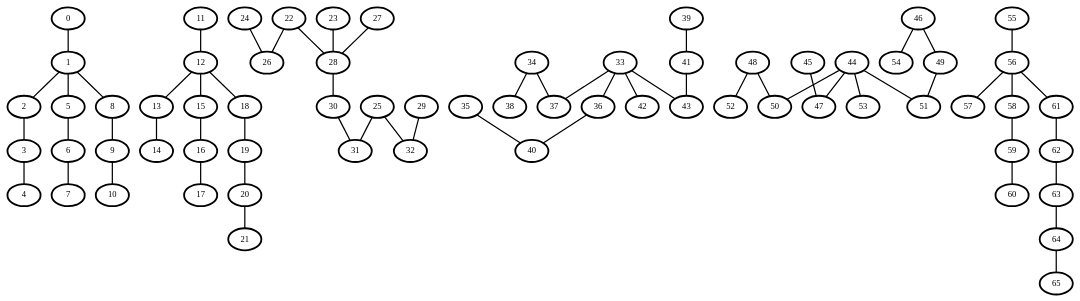
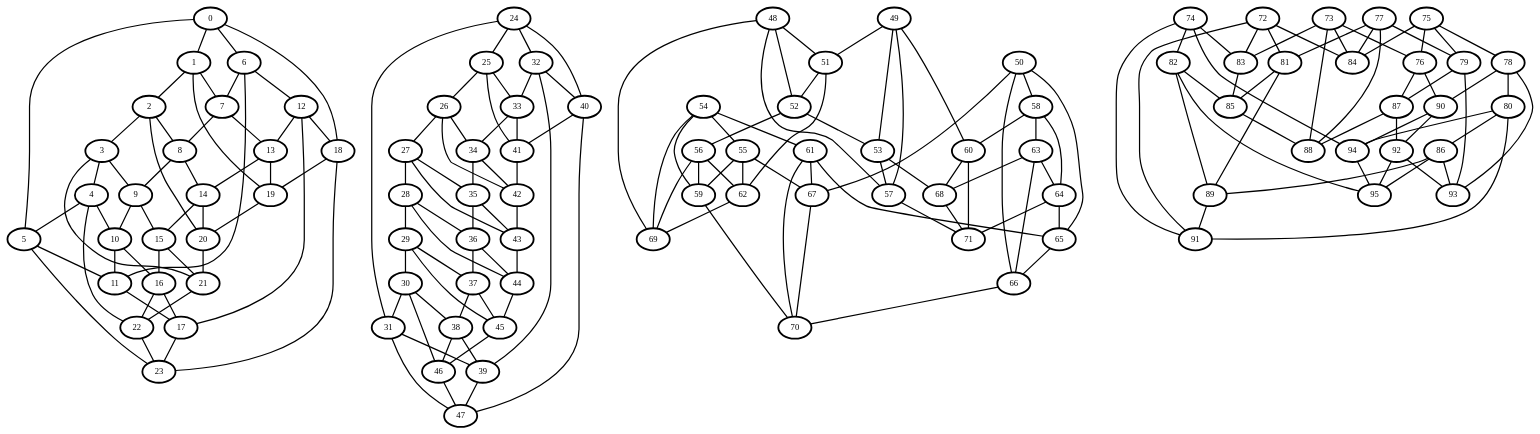
One commit to Pietvergiet/Project-Module-7 changed the diagram in graph.dot. Above: the diagram before and after it, drawn with Graphviz. The commit also changed 1 other file, not shown here.

```diff
--- a/graph.dot
+++ b/graph.dot
@@ -65,65 +65,227 @@
     63 [penwidth=3]
     64 [penwidth=3]
     65 [penwidth=3]
+    66 [penwidth=3]
+    67 [penwidth=3]
+    68 [penwidth=3]
+    69 [penwidth=3]
+    70 [penwidth=3]
+    71 [penwidth=3]
+    72 [penwidth=3]
+    73 [penwidth=3]
+    74 [penwidth=3]
+    75 [penwidth=3]
+    76 [penwidth=3]
+    77 [penwidth=3]
+    78 [penwidth=3]
+    79 [penwidth=3]
+    80 [penwidth=3]
+    81 [penwidth=3]
+    82 [penwidth=3]
+    83 [penwidth=3]
+    84 [penwidth=3]
+    85 [penwidth=3]
+    86 [penwidth=3]
+    87 [penwidth=3]
+    88 [penwidth=3]
+    89 [penwidth=3]
+    90 [penwidth=3]
+    91 [penwidth=3]
+    92 [penwidth=3]
+    93 [penwidth=3]
+    94 [penwidth=3]
+    95 [penwidth=3]
 
     0--1 [penwidth=2]
+    0--5 [penwidth=2]
+    0--6 [penwidth=2]
+    0--18 [penwidth=2]
     1--2 [penwidth=2]
-    1--5 [penwidth=2]
-    1--8 [penwidth=2]
+    1--7 [penwidth=2]
+    1--19 [penwidth=2]
     2--3 [penwidth=2]
+    2--8 [penwidth=2]
+    2--20 [penwidth=2]
     3--4 [penwidth=2]
-    5--6 [penwidth=2]
+    3--9 [penwidth=2]
+    3--21 [penwidth=2]
+    4--5 [penwidth=2]
+    4--10 [penwidth=2]
+    4--22 [penwidth=2]
+    5--11 [penwidth=2]
+    5--23 [penwidth=2]
     6--7 [penwidth=2]
+    6--11 [penwidth=2]
+    6--12 [penwidth=2]
+    7--8 [penwidth=2]
+    7--13 [penwidth=2]
     8--9 [penwidth=2]
+    8--14 [penwidth=2]
     9--10 [penwidth=2]
-    11--12 [penwidth=2]
+    9--15 [penwidth=2]
+    10--11 [penwidth=2]
+    10--16 [penwidth=2]
+    11--17 [penwidth=2]
     12--13 [penwidth=2]
-    12--15 [penwidth=2]
+    12--17 [penwidth=2]
     12--18 [penwidth=2]
     13--14 [penwidth=2]
+    13--19 [penwidth=2]
+    14--15 [penwidth=2]
+    14--20 [penwidth=2]
     15--16 [penwidth=2]
+    15--21 [penwidth=2]
     16--17 [penwidth=2]
+    16--22 [penwidth=2]
+    17--23 [penwidth=2]
     18--19 [penwidth=2]
+    18--23 [penwidth=2]
     19--20 [penwidth=2]
     20--21 [penwidth=2]
-    22--28 [penwidth=2]
-    22--26 [penwidth=2]
-    23--28 [penwidth=2]
-    24--26 [penwidth=2]
-    25--31 [penwidth=2]
-    25--32 [penwidth=2]
+    21--22 [penwidth=2]
+    22--23 [penwidth=2]
+    24--25 [penwidth=2]
+    24--31 [penwidth=2]
+    24--32 [penwidth=2]
+    24--40 [penwidth=2]
+    25--26 [penwidth=2]
+    25--33 [penwidth=2]
+    25--41 [penwidth=2]
+    26--27 [penwidth=2]
+    26--34 [penwidth=2]
+    26--42 [penwidth=2]
     27--28 [penwidth=2]
-    28--30 [penwidth=2]
-    29--32 [penwidth=2]
+    27--35 [penwidth=2]
+    27--43 [penwidth=2]
+    28--29 [penwidth=2]
+    28--36 [penwidth=2]
+    28--44 [penwidth=2]
+    29--30 [penwidth=2]
+    29--37 [penwidth=2]
+    29--45 [penwidth=2]
     30--31 [penwidth=2]
-    33--42 [penwidth=2]
-    33--37 [penwidth=2]
-    33--43 [penwidth=2]
-    33--36 [penwidth=2]
-    34--38 [penwidth=2]
-    34--37 [penwidth=2]
-    35--40 [penwidth=2]
-    36--40 [penwidth=2]
-    39--41 [penwidth=2]
-    41--43 [penwidth=2]
-    44--51 [penwidth=2]
-    44--53 [penwidth=2]
-    44--47 [penwidth=2]
-    44--50 [penwidth=2]
-    45--47 [penwidth=2]
-    46--54 [penwidth=2]
-    46--49 [penwidth=2]
-    48--50 [penwidth=2]
+    30--38 [penwidth=2]
+    30--46 [penwidth=2]
+    31--39 [penwidth=2]
+    31--47 [penwidth=2]
+    32--33 [penwidth=2]
+    32--39 [penwidth=2]
+    32--40 [penwidth=2]
+    33--34 [penwidth=2]
+    33--41 [penwidth=2]
+    34--35 [penwidth=2]
+    34--42 [penwidth=2]
+    35--36 [penwidth=2]
+    35--43 [penwidth=2]
+    36--37 [penwidth=2]
+    36--44 [penwidth=2]
+    37--38 [penwidth=2]
+    37--45 [penwidth=2]
+    38--39 [penwidth=2]
+    38--46 [penwidth=2]
+    39--47 [penwidth=2]
+    40--41 [penwidth=2]
+    40--47 [penwidth=2]
+    41--42 [penwidth=2]
+    42--43 [penwidth=2]
+    43--44 [penwidth=2]
+    44--45 [penwidth=2]
+    45--46 [penwidth=2]
+    46--47 [penwidth=2]
     48--52 [penwidth=2]
+    48--69 [penwidth=2]
+    48--57 [penwidth=2]
+    48--51 [penwidth=2]
     49--51 [penwidth=2]
-    55--56 [penwidth=2]
-    56--57 [penwidth=2]
-    56--58 [penwidth=2]
-    56--61 [penwidth=2]
-    58--59 [penwidth=2]
-    59--60 [penwidth=2]
-    61--62 [penwidth=2]
-    62--63 [penwidth=2]
+    49--60 [penwidth=2]
+    49--57 [penwidth=2]
+    49--53 [penwidth=2]
+    50--66 [penwidth=2]
+    50--58 [penwidth=2]
+    50--65 [penwidth=2]
+    50--67 [penwidth=2]
+    51--52 [penwidth=2]
+    51--62 [penwidth=2]
+    52--56 [penwidth=2]
+    52--53 [penwidth=2]
+    53--57 [penwidth=2]
+    53--68 [penwidth=2]
+    54--55 [penwidth=2]
+    54--69 [penwidth=2]
+    54--61 [penwidth=2]
+    54--59 [penwidth=2]
+    55--67 [penwidth=2]
+    55--59 [penwidth=2]
+    55--62 [penwidth=2]
+    56--62 [penwidth=2]
+    56--69 [penwidth=2]
+    56--59 [penwidth=2]
+    57--71 [penwidth=2]
+    58--63 [penwidth=2]
+    58--60 [penwidth=2]
+    58--64 [penwidth=2]
+    59--70 [penwidth=2]
+    60--68 [penwidth=2]
+    60--71 [penwidth=2]
+    61--70 [penwidth=2]
+    61--65 [penwidth=2]
+    61--67 [penwidth=2]
+    62--69 [penwidth=2]
     63--64 [penwidth=2]
+    63--68 [penwidth=2]
+    63--66 [penwidth=2]
+    64--71 [penwidth=2]
     64--65 [penwidth=2]
+    65--66 [penwidth=2]
+    66--70 [penwidth=2]
+    67--70 [penwidth=2]
+    68--71 [penwidth=2]
+    72--91 [penwidth=2]
+    72--81 [penwidth=2]
+    72--84 [penwidth=2]
+    72--83 [penwidth=2]
+    73--84 [penwidth=2]
+    73--76 [penwidth=2]
+    73--83 [penwidth=2]
+    73--88 [penwidth=2]
+    74--82 [penwidth=2]
+    74--83 [penwidth=2]
+    74--94 [penwidth=2]
+    74--91 [penwidth=2]
+    75--79 [penwidth=2]
+    75--78 [penwidth=2]
+    75--84 [penwidth=2]
+    75--76 [penwidth=2]
+    76--87 [penwidth=2]
+    76--90 [penwidth=2]
+    77--81 [penwidth=2]
+    77--88 [penwidth=2]
+    77--79 [penwidth=2]
+    77--84 [penwidth=2]
+    78--93 [penwidth=2]
+    78--90 [penwidth=2]
+    78--80 [penwidth=2]
+    79--87 [penwidth=2]
+    79--93 [penwidth=2]
+    80--86 [penwidth=2]
+    80--91 [penwidth=2]
+    80--94 [penwidth=2]
+    81--85 [penwidth=2]
+    81--89 [penwidth=2]
+    82--95 [penwidth=2]
+    82--89 [penwidth=2]
+    82--85 [penwidth=2]
+    83--85 [penwidth=2]
+    85--88 [penwidth=2]
+    86--95 [penwidth=2]
+    86--93 [penwidth=2]
+    86--89 [penwidth=2]
+    87--92 [penwidth=2]
+    87--88 [penwidth=2]
+    89--91 [penwidth=2]
+    90--94 [penwidth=2]
+    90--92 [penwidth=2]
+    92--95 [penwidth=2]
+    92--93 [penwidth=2]
+    94--95 [penwidth=2]
 }
```
